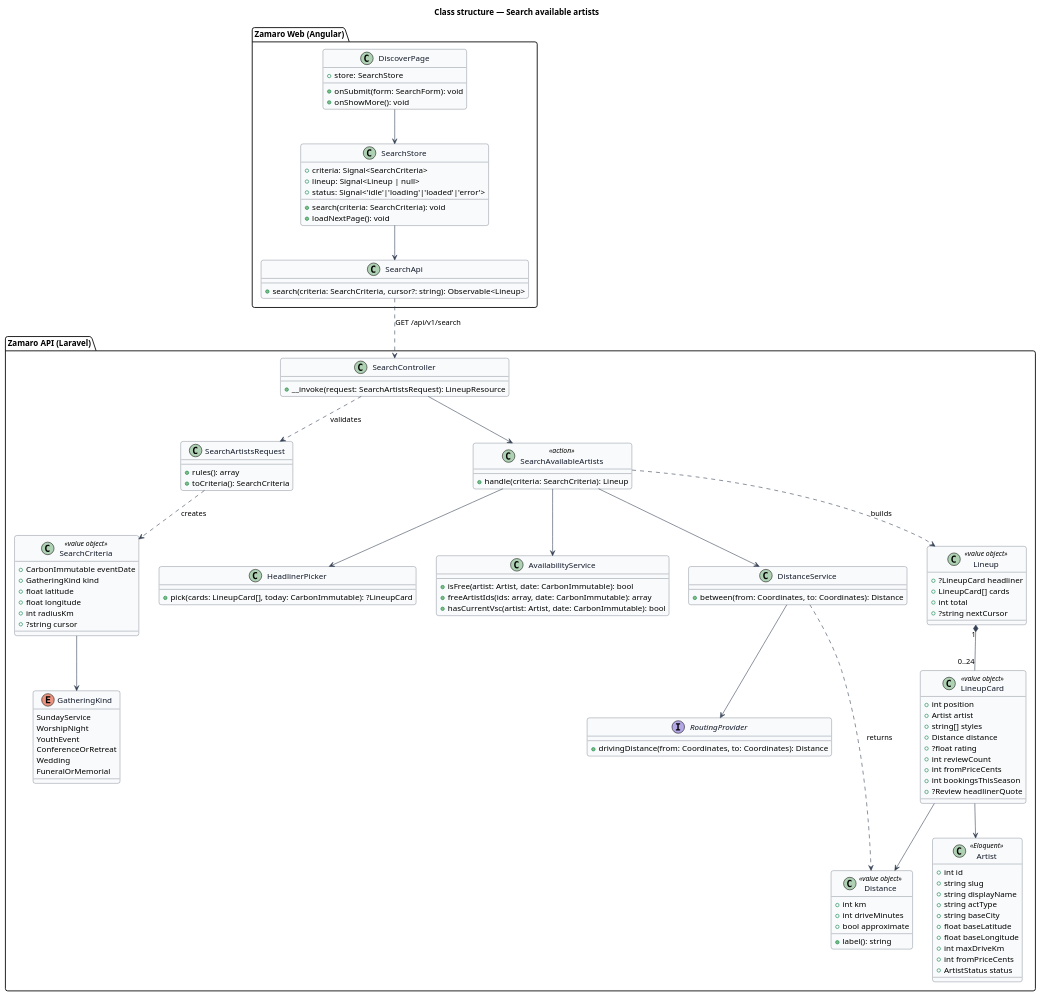
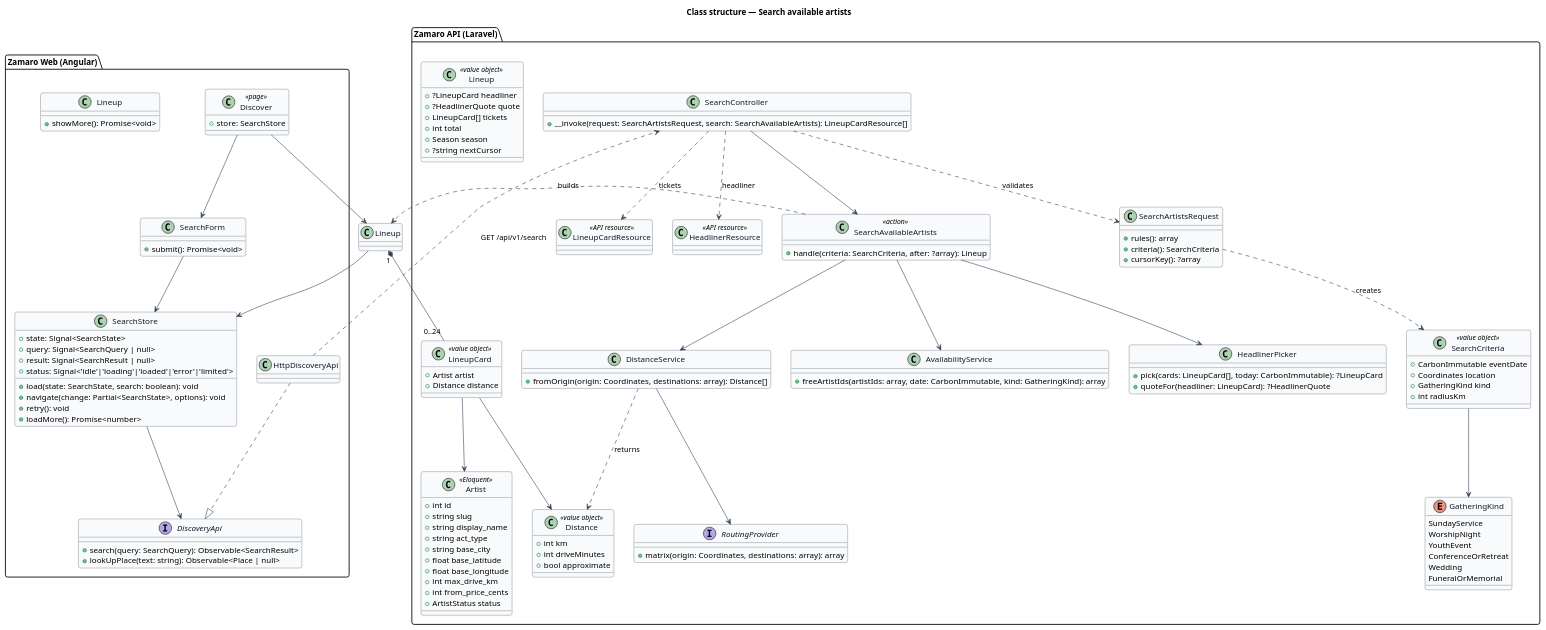
One commit to QuinntyneBrown/zamaro changed the diagram in docs/detailed-designs/discovery/search-available-artists/diagrams/class-structure.puml. Above: the diagram before and after it, drawn with PlantUML. The commit also changed 106 other files, not shown here.

```diff
--- a/docs/detailed-designs/discovery/search-available-artists/diagrams/class-structure.puml
+++ b/docs/detailed-designs/discovery/search-available-artists/diagrams/class-structure.puml
@@ -1,128 +1,137 @@
 @startuml
 ' --- shared skin header ---
 skinparam backgroundColor #FFFFFF
 skinparam shadowing false
 skinparam roundcorner 8
 skinparam defaultFontName Arial
 skinparam ArrowColor #344054
 skinparam class {
   BorderColor #344054
   FontColor #101828
   BackgroundColor #F9FAFB
 }
 ' --------------------------
 title Class structure — Search available artists
 
 package "Zamaro Web (Angular)" {
-  class DiscoverPage {
+  class Discover <<page>> {
     +store: SearchStore
-    +onSubmit(form: SearchForm): void
-    +onShowMore(): void
+  }
+  class SearchForm {
+    +submit(): Promise<void>
+  }
+  class Lineup {
+    +showMore(): Promise<void>
   }
   class SearchStore {
-    +criteria: Signal<SearchCriteria>
-    +lineup: Signal<Lineup | null>
-    +status: Signal<'idle'|'loading'|'loaded'|'error'>
-    +search(criteria: SearchCriteria): void
-    +loadNextPage(): void
+    +state: Signal<SearchState>
+    +query: Signal<SearchQuery | null>
+    +result: Signal<SearchResult | null>
+    +status: Signal<'idle'|'loading'|'loaded'|'error'|'limited'>
+    +load(state: SearchState, search: boolean): void
+    +navigate(change: Partial<SearchState>, options): void
+    +retry(): void
+    +loadMore(): Promise<number>
   }
-  class SearchApi {
-    +search(criteria: SearchCriteria, cursor?: string): Observable<Lineup>
+  interface DiscoveryApi {
+    +search(query: SearchQuery): Observable<SearchResult>
+    +lookUpPlace(text: string): Observable<Place | null>
   }
+  class HttpDiscoveryApi
 }
 
 package "Zamaro API (Laravel)" {
   class SearchController {
-    +__invoke(request: SearchArtistsRequest): LineupResource
+    +__invoke(request: SearchArtistsRequest, search: SearchAvailableArtists): LineupCardResource[]
   }
   class SearchArtistsRequest {
     +rules(): array
-    +toCriteria(): SearchCriteria
+    +criteria(): SearchCriteria
+    +cursorKey(): ?array
   }
   class SearchCriteria <<value object>> {
     +CarbonImmutable eventDate
+    +Coordinates location
     +GatheringKind kind
-    +float latitude
-    +float longitude
     +int radiusKm
-    +?string cursor
   }
   class SearchAvailableArtists <<action>> {
-    +handle(criteria: SearchCriteria): Lineup
+    +handle(criteria: SearchCriteria, after: ?array): Lineup
   }
   class HeadlinerPicker {
     +pick(cards: LineupCard[], today: CarbonImmutable): ?LineupCard
+    +quoteFor(headliner: LineupCard): ?HeadlinerQuote
   }
   class AvailabilityService {
-    +isFree(artist: Artist, date: CarbonImmutable): bool
-    +freeArtistIds(ids: array, date: CarbonImmutable): array
-    +hasCurrentVsc(artist: Artist, date: CarbonImmutable): bool
+    +freeArtistIds(artistIds: array, date: CarbonImmutable, kind: GatheringKind): array
   }
   class DistanceService {
-    +between(from: Coordinates, to: Coordinates): Distance
+    +fromOrigin(origin: Coordinates, destinations: array): Distance[]
   }
   interface RoutingProvider {
-    +drivingDistance(from: Coordinates, to: Coordinates): Distance
+    +matrix(origin: Coordinates, destinations: array): array
   }
   class Distance <<value object>> {
     +int km
     +int driveMinutes
     +bool approximate
-    +label(): string
   }
   class Lineup <<value object>> {
     +?LineupCard headliner
-    +LineupCard[] cards
+    +?HeadlinerQuote quote
+    +LineupCard[] tickets
     +int total
+    +Season season
     +?string nextCursor
   }
   class LineupCard <<value object>> {
-    +int position
     +Artist artist
-    +string[] styles
     +Distance distance
-    +?float rating
-    +int reviewCount
-    +int fromPriceCents
-    +int bookingsThisSeason
-    +?Review headlinerQuote
   }
+  class LineupCardResource <<API resource>>
+  class HeadlinerResource <<API resource>>
   class Artist <<Eloquent>> {
     +int id
     +string slug
-    +string displayName
-    +string actType
-    +string baseCity
-    +float baseLatitude
-    +float baseLongitude
-    +int maxDriveKm
-    +int fromPriceCents
+    +string display_name
+    +string act_type
+    +string base_city
+    +float base_latitude
+    +float base_longitude
+    +int max_drive_km
+    +int from_price_cents
     +ArtistStatus status
   }
   enum GatheringKind {
     SundayService
     WorshipNight
     YouthEvent
     ConferenceOrRetreat
     Wedding
     FuneralOrMemorial
   }
 }
 
-DiscoverPage --> SearchStore
-SearchStore --> SearchApi
-SearchApi ..> SearchController : GET /api/v1/search
+Discover --> SearchForm
+Discover --> Lineup
+SearchForm --> SearchStore
+Lineup --> SearchStore
+SearchStore --> DiscoveryApi
+HttpDiscoveryApi ..|> DiscoveryApi
+HttpDiscoveryApi ..> SearchController : GET /api/v1/search
 SearchController ..> SearchArtistsRequest : validates
 SearchArtistsRequest ..> SearchCriteria : creates
 SearchController --> SearchAvailableArtists
+SearchController ..> LineupCardResource : tickets
+SearchController ..> HeadlinerResource : headliner
 SearchAvailableArtists --> AvailabilityService
 SearchAvailableArtists --> DistanceService
 SearchAvailableArtists --> HeadlinerPicker
 DistanceService --> RoutingProvider
 DistanceService ..> Distance : returns
 SearchAvailableArtists ..> Lineup : builds
 Lineup "1" *-- "0..24" LineupCard
 LineupCard --> Artist
 LineupCard --> Distance
 SearchCriteria --> GatheringKind
 @enduml
```
